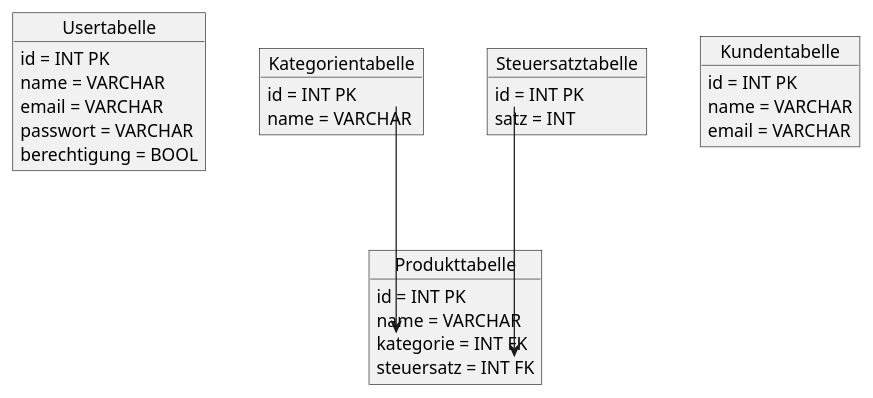
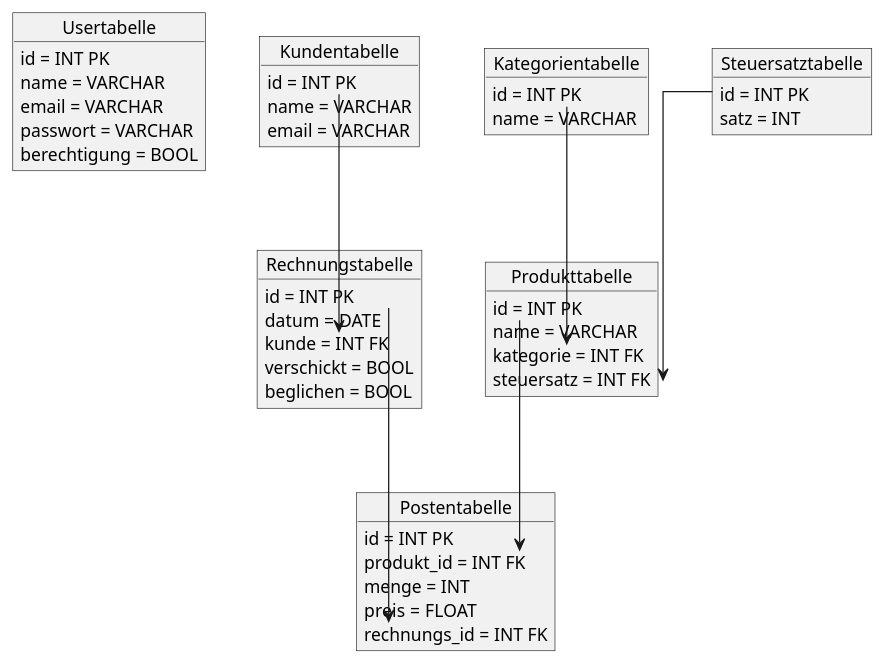
The diagram in tabellen.pu (Malte-cbm/node_projekt), drawn with PlantUML before and after one commit.

Commit message:
tabellenschema erweitert, sollte fertig sein

```diff
--- a/tabellen.pu
+++ b/tabellen.pu
@@ -1,41 +1,62 @@
 @startuml Tabellenschema
 
 skinparam Linetype ortho
 object Usertabelle {
 
     id = INT PK 
     name = VARCHAR
     email = VARCHAR
     passwort = VARCHAR
     berechtigung = BOOL
 }
 
 object Produkttabelle {
 
     id = INT PK
     name = VARCHAR
     kategorie = INT FK
     steuersatz = INT FK
 }
 
 object Kategorientabelle {
 
     id = INT PK
     name = VARCHAR
 }
 
 object Steuersatztabelle{
     id = INT PK
     satz = INT
 }
 
 Kategorientabelle::id --> Produkttabelle::kategorie
 Steuersatztabelle::id --> Produkttabelle::steuersatz
 
 object Kundentabelle{
     id = INT PK
     name = VARCHAR
     email = VARCHAR
     
 }
+
+object Rechnungstabelle {
+    id = INT PK
+    datum = DATE
+    kunde = INT FK
+    verschickt = BOOL
+    beglichen = BOOL
+}
+
+object Postentabelle {
+
+    id = INT PK
+    produkt_id = INT FK
+    menge = INT
+    preis = FLOAT
+    rechnungs_id = INT FK
+}
+
+Kundentabelle::id --> Rechnungstabelle::kunde
+Rechnungstabelle::id -->Postentabelle::rechnungs_id
+Produkttabelle::id --> Postentabelle::produkt_id
 @enduml
```
